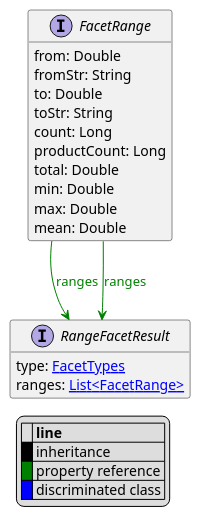
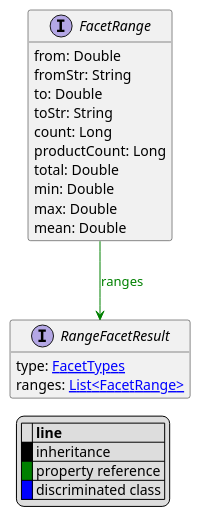
Before and after one commit to commercetools/commercetools-api-reference: the diagram in uml/api/FacetRange.puml, drawn with PlantUML. The commit also changed 16 other files, not shown here.

```diff
--- a/uml/api/FacetRange.puml
+++ b/uml/api/FacetRange.puml
@@ -1,33 +1,32 @@
 @startuml
 
 hide empty fields
 hide empty methods
 legend
 |= |= line |
 |<back:black>   </back>| inheritance |
 |<back:green>   </back>| property reference |
 |<back:blue>   </back>| discriminated class |
 endlegend
 interface FacetRange [[FacetRange.svg]]  {
     from: Double
     fromStr: String
     to: Double
     toStr: String
     count: Long
     productCount: Long
     total: Double
     min: Double
     max: Double
     mean: Double
 }
 
 
 
 interface RangeFacetResult [[RangeFacetResult.svg]]  {
     type: [[FacetTypes.svg FacetTypes]]
     ranges: [[FacetRange.svg List<FacetRange>]]
 }
 
 FacetRange --> RangeFacetResult #green;text:green : "ranges"
-FacetRange --> RangeFacetResult #green;text:green : "ranges"
 @enduml
```
